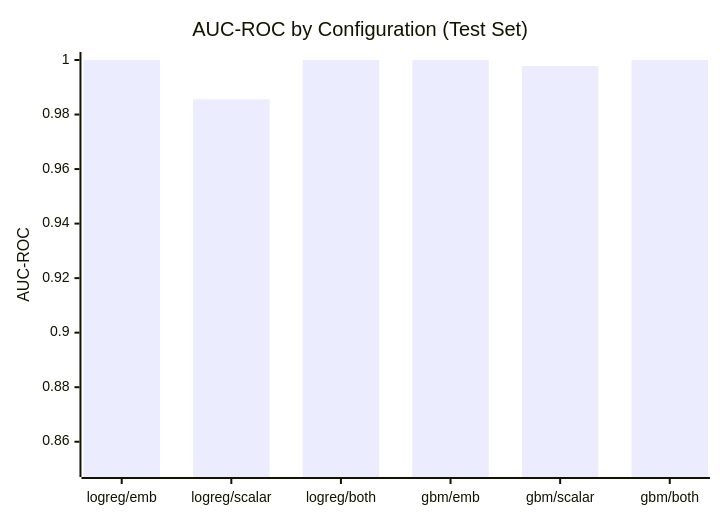
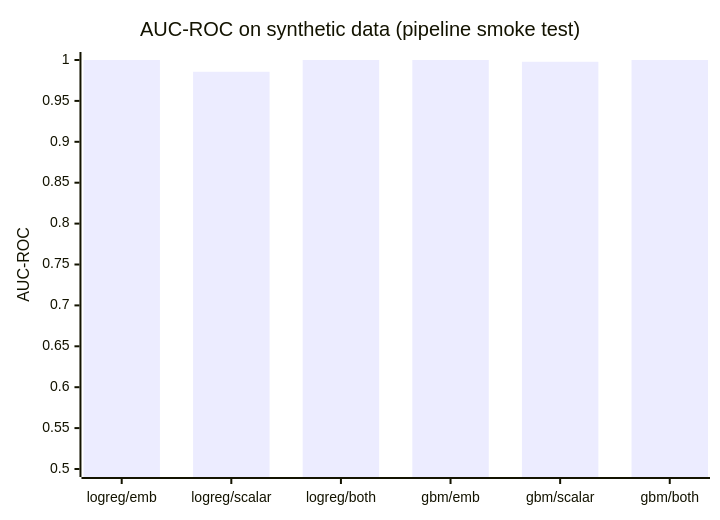
The third of 4 diagrams in README.md (ZulfaqarHafez/TraceRazor), drawn with Mermaid before and after one commit. The commit also changed other lines of this file and 2 other files, not shown here.

````diff
--- a/README.md
+++ b/README.md
@@ -361,7 +392,7 @@
 ```mermaid
 xychart-beta
-    title "AUC-ROC by Configuration (Test Set)"
+    title "AUC-ROC on synthetic data (pipeline smoke test)"
     x-axis ["logreg/emb", "logreg/scalar", "logreg/both", "gbm/emb", "gbm/scalar", "gbm/both"]
-    y-axis "AUC-ROC" 0.85 --> 1.0
+    y-axis "AUC-ROC" 0.5 --> 1.0
     bar [1.0000, 0.9856, 1.0000, 1.0000, 0.9978, 1.0000]
 ```
````
